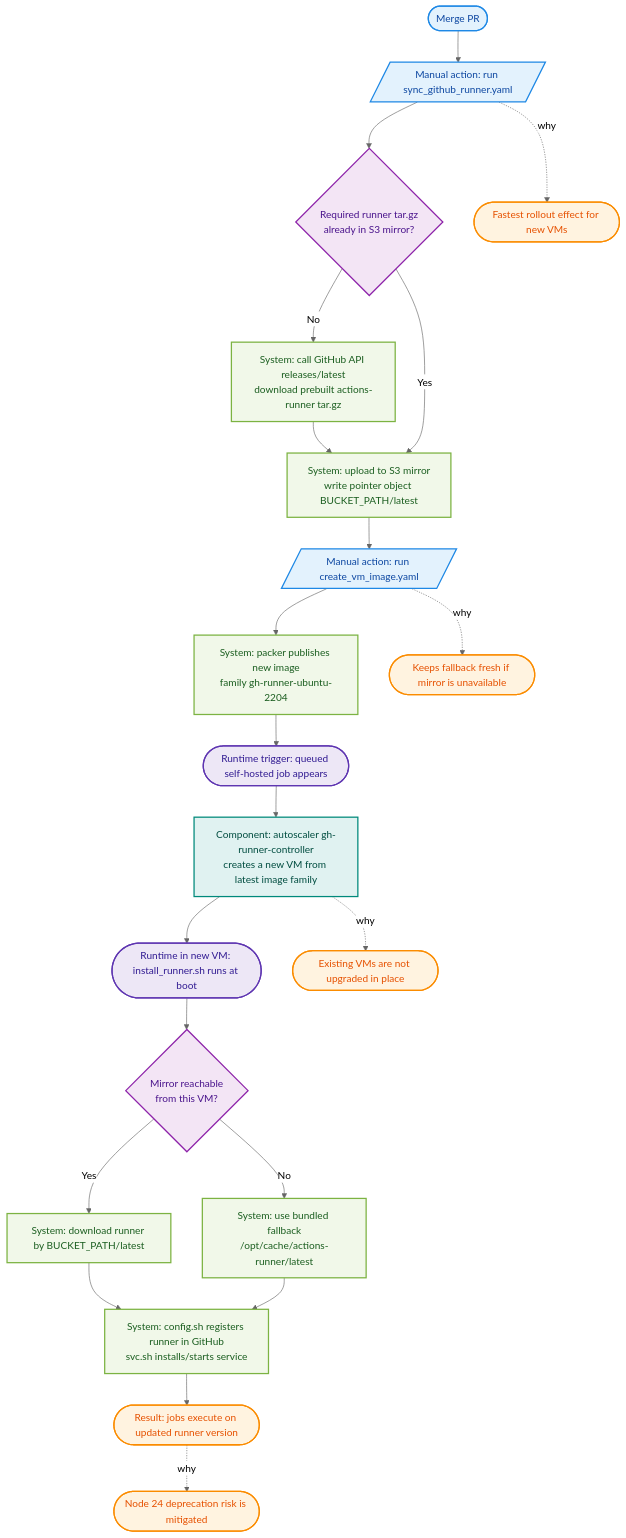
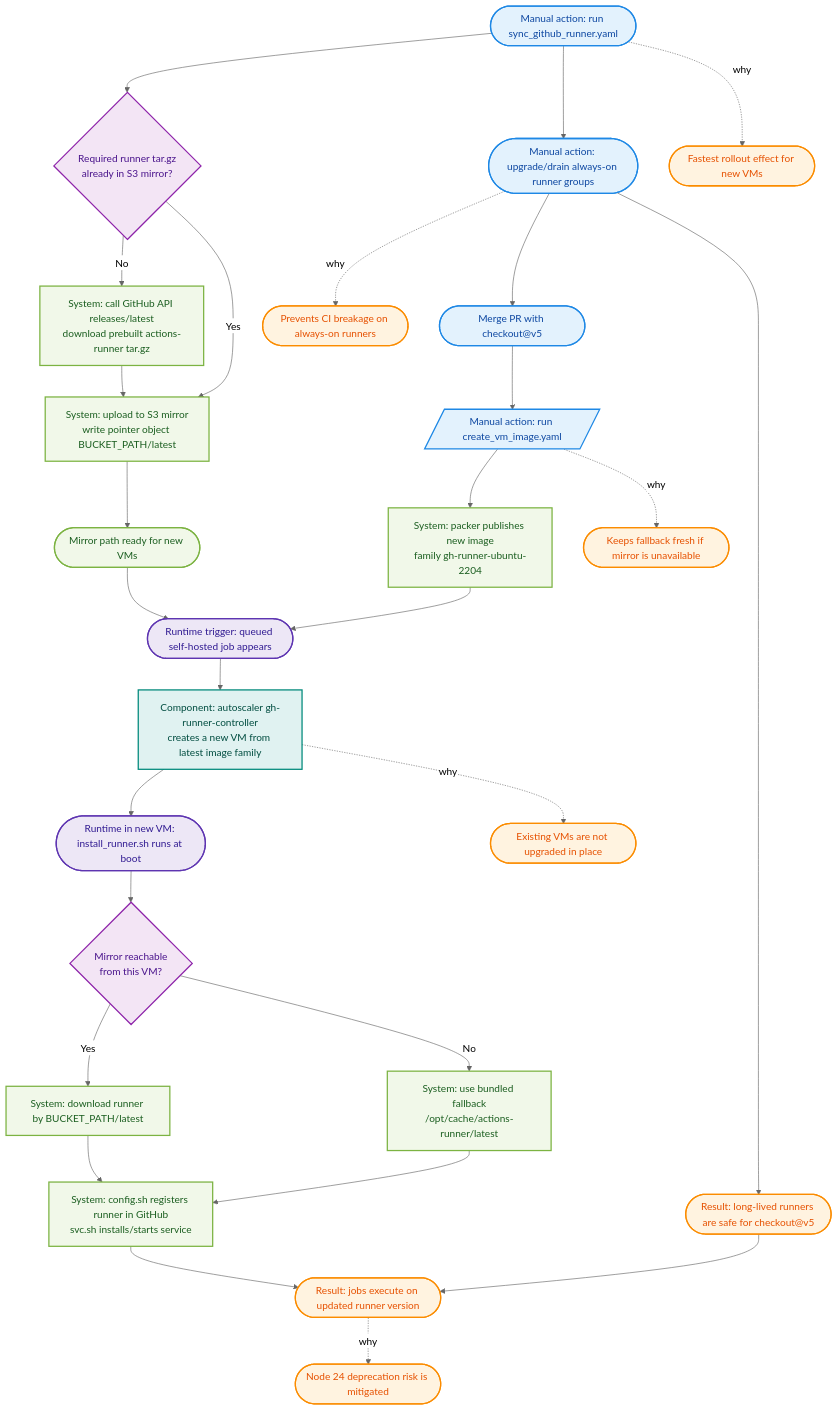
Before and after one commit to ydb-platform/ydb: the diagram in .github/docs/github-actions/runner-update-rollout.md, drawn with Mermaid (neutral theme). The commit also changed other lines of this file and 1 other file, not shown here.

Commit message:
Revise rollout plan for GitHub Actions runners to enhance safety and efficiency. Updated steps to prioritize manual actions for syncing runners and upgrading always-on groups before merging. Improved flow diagram for clarity and added details on the importance of upgrading to prevent CI failures. Adjusted step numbering for consistency.

````diff
--- a/.github/docs/github-actions/runner-update-rollout.md
+++ b/.github/docs/github-actions/runner-update-rollout.md
@@ -36,38 +37,47 @@
 ```mermaid
 flowchart TD
-    A([Merge PR]) --> B[/Manual action: run sync_github_runner.yaml/]
-    B --> C{Required runner tar.gz<br/>already in S3 mirror?}
-    C -- No --> C2[System: call GitHub API releases/latest<br/>download prebuilt actions-runner tar.gz]
+    A([Manual action: run sync_github_runner.yaml]) --> B([Manual action: upgrade/drain always-on runner groups])
+    B --> C([Merge PR with checkout@v5])
+    C --> D[/Manual action: run create_vm_image.yaml/]
+    D --> E[System: packer publishes new image<br/>family gh-runner-ubuntu-2204]
+    
+    A --> C1{Required runner tar.gz<br/>already in S3 mirror?}
+    C1 -- No --> C2[System: call GitHub API releases/latest<br/>download prebuilt actions-runner tar.gz]
     C2 --> C3[System: upload to S3 mirror<br/>write pointer object BUCKET_PATH/latest]
-    C -- Yes --> C3
-    C3 --> D[/Manual action: run create_vm_image.yaml/]
-    D --> E[System: packer publishes new image<br/>family gh-runner-ubuntu-2204]
-    E --> R([Runtime trigger: queued self-hosted job appears])
-    R --> F[Component: autoscaler gh-runner-controller<br/>creates a new VM from latest image family]
+    C1 -- Yes --> C3
+    C3 --> F1([Mirror path ready for new VMs])
+    F1 --> G1([Runtime trigger: queued self-hosted job appears])
+    E --> G1
+
+    G1 --> F[Component: autoscaler gh-runner-controller<br/>creates a new VM from latest image family]
     F --> G([Runtime in new VM: install_runner.sh runs at boot])
     G --> H{Mirror reachable<br/>from this VM?}
     H -- Yes --> I[System: download runner by BUCKET_PATH/latest]
     H -- No --> J[System: use bundled fallback<br/>/opt/cache/actions-runner/latest]
     I --> K[System: config.sh registers runner in GitHub<br/>svc.sh installs/starts service]
     J --> K
     K --> L([Result: jobs execute on updated runner version])
+    
+    B --> M([Result: long-lived runners are safe for checkout@v5])
+    M --> L
 
-    B -. why .-> W1([Fastest rollout effect for new VMs])
+    A -. why .-> W1([Fastest rollout effect for new VMs])
+    B -. why .-> W5([Prevents CI breakage on always-on runners])
     D -. why .-> W2([Keeps fallback fresh if mirror is unavailable])
     F -. why .-> W3([Existing VMs are not upgraded in place])
     L -. why .-> W4([Node 24 deprecation risk is mitigated])
 
     classDef action fill:#e3f2fd,stroke:#1e88e5,stroke-width:2px,color:#0d47a1;
     classDef system fill:#f1f8e9,stroke:#7cb342,stroke-width:2px,color:#1b5e20;
     classDef why fill:#fff3e0,stroke:#fb8c00,stroke-width:2px,color:#e65100;
     classDef decision fill:#f3e5f5,stroke:#8e24aa,stroke-width:2px,color:#4a148c;
     classDef runtime fill:#ede7f6,stroke:#5e35b1,stroke-width:2px,color:#311b92;
     classDef component fill:#e0f2f1,stroke:#00897b,stroke-width:2px,color:#004d40;
 
-    class A,B,D action;
-    class C,H decision;
-    class C2,C3,E,I,J,K system;
-    class R,G runtime;
+    class A,B,C,D action;
+    class C1,H decision;
+    class C2,C3,E,F1,I,J,K system;
+    class G1,G runtime;
     class F component;
-    class L,W1,W2,W3,W4 why;
+    class L,M,W1,W2,W3,W4,W5 why;
 ```
````
